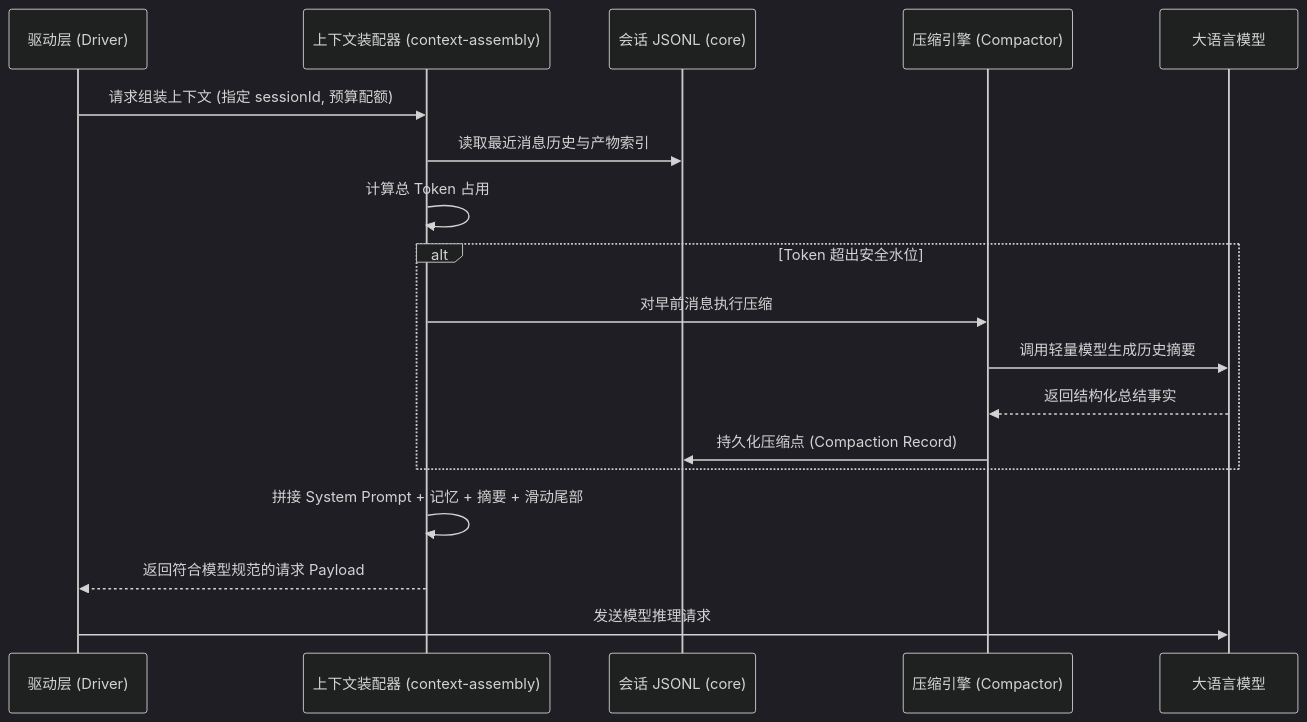
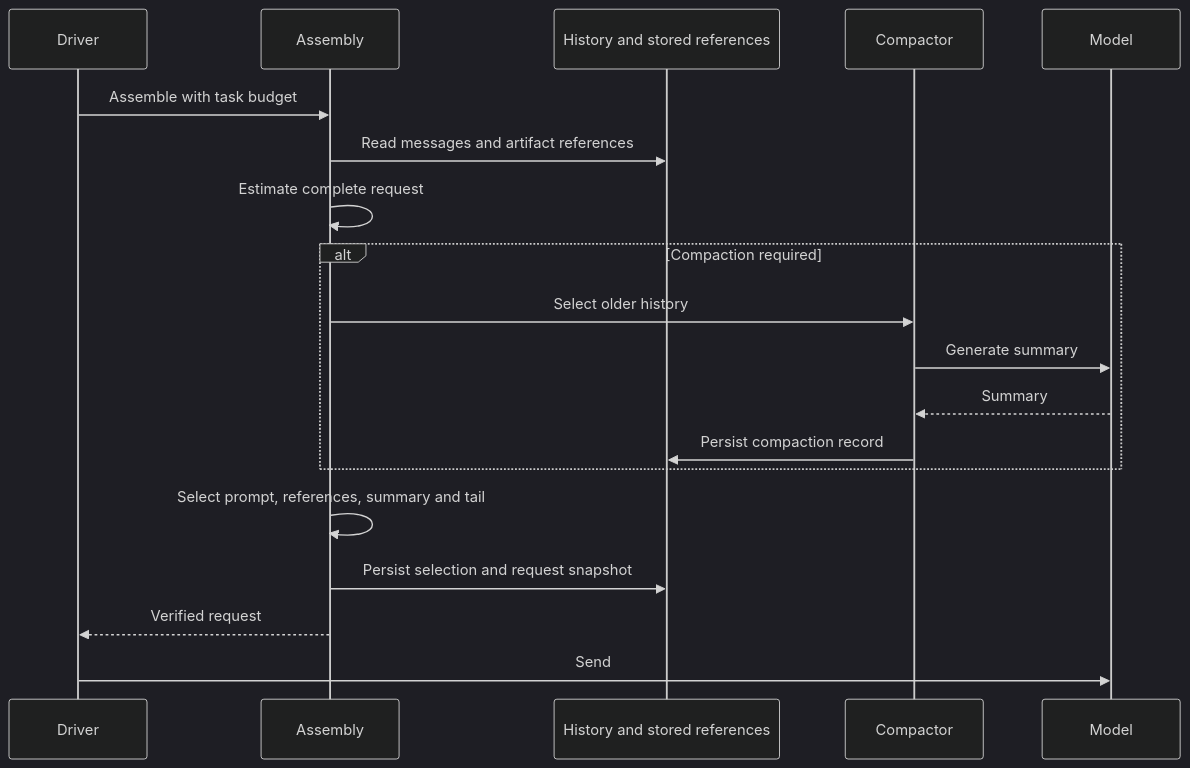
The second of 2 diagrams in docs/modules/agent-context.md (num-lab/Ruukoto), drawn with Mermaid (dark theme) before and after one commit. The commit also changed other lines of this file and 3987 other files, not shown here.

````diff
--- a/docs/modules/agent-context.md
+++ b/docs/modules/agent-context.md
@@ -61,21 +48,21 @@
 ```mermaid
 sequenceDiagram
-  participant Driver as 驱动层 (Driver)
-  participant Assembly as 上下文装配器 (context-assembly)
-  participant Core as 会话 JSONL (core)
-  participant Compactor as 压缩引擎 (Compactor)
-  participant LLM as 大语言模型
-
-  Driver->>Assembly: 请求组装上下文 (指定 sessionId, 预算配额)
-  Assembly->>Core: 读取最近消息历史与产物索引
-  Assembly->>Assembly: 计算总 Token 占用
-  alt Token 超出安全水位
-    Assembly->>Compactor: 对早前消息执行压缩
-    Compactor->>LLM: 调用轻量模型生成历史摘要
-    LLM-->>Compactor: 返回结构化总结事实
-    Compactor->>Core: 持久化压缩点 (Compaction Record)
+  participant Driver
+  participant Assembly
+  participant History as History and stored references
+  participant Compactor
+  participant Model
+  Driver->>Assembly: Assemble with task budget
+  Assembly->>History: Read messages and artifact references
+  Assembly->>Assembly: Estimate complete request
+  alt Compaction required
+    Assembly->>Compactor: Select older history
+    Compactor->>Model: Generate summary
+    Model-->>Compactor: Summary
+    Compactor->>History: Persist compaction record
   end
-  Assembly->>Assembly: 拼接 System Prompt + 记忆 + 摘要 + 滑动尾部
-  Assembly-->>Driver: 返回符合模型规范的请求 Payload
-  Driver->>LLM: 发送模型推理请求
+  Assembly->>Assembly: Select prompt, references, summary and tail
+  Assembly->>History: Persist selection and request snapshot
+  Assembly-->>Driver: Verified request
+  Driver->>Model: Send
 ```
````
